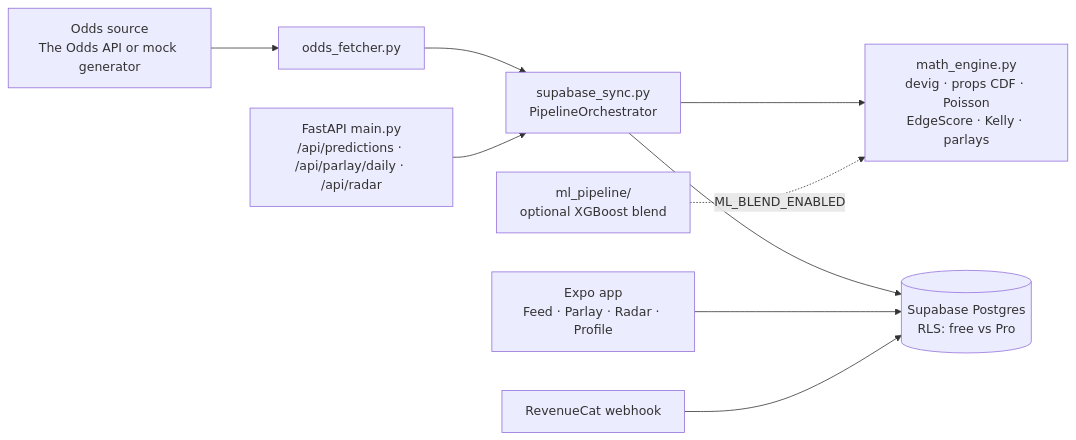
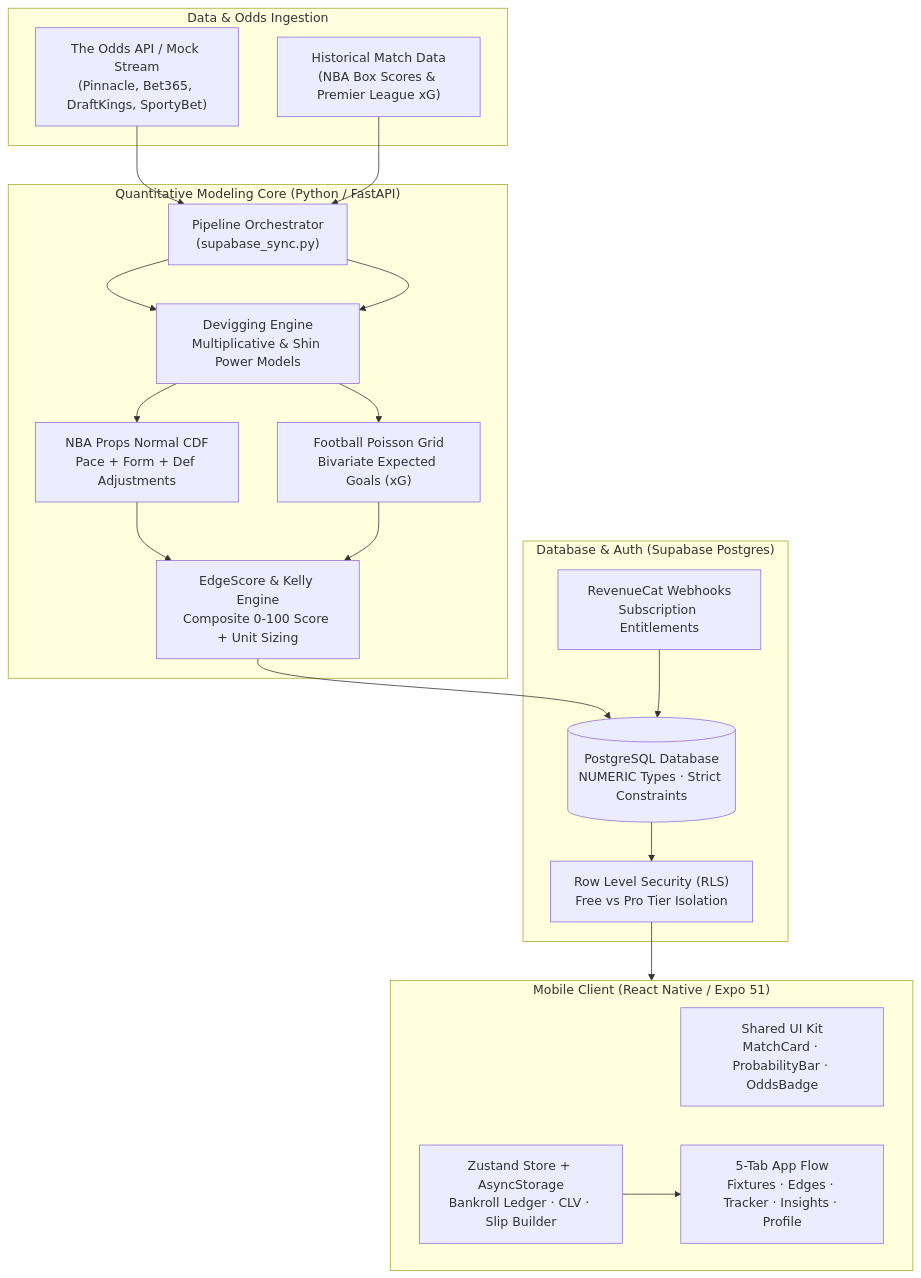
Before and after one commit to geosan11/EdgePoint-: the diagram in README.md, drawn with Mermaid. The commit also changed other lines of this file, not shown here.

Commit message:
docs: update README with comprehensive technical architecture and UI specifications

````diff
--- a/README.md
+++ b/README.md
@@ -38,11 +72,36 @@
 ```mermaid
-flowchart LR
-  Odds[Odds source<br/>The Odds API or mock generator] --> Fetch[odds_fetcher.py]
-  Fetch --> Orch[supabase_sync.py<br/>PipelineOrchestrator]
-  Orch --> Math[math_engine.py<br/>devig · props CDF · Poisson<br/>EdgeScore · Kelly · parlays]
-  ML[ml_pipeline/<br/>optional XGBoost blend] -. ML_BLEND_ENABLED .-> Math
-  Orch --> DB[(Supabase Postgres<br/>RLS: free vs Pro)]
-  API[FastAPI main.py<br/>/api/predictions · /api/parlay/daily · /api/radar] --> Orch
-  App[Expo app<br/>Feed · Parlay · Radar · Profile] --> DB
-  RC[RevenueCat webhook] --> DB
+flowchart TD
+  subgraph Data_Layer ["Data & Odds Ingestion"]
+    ODDS["The Odds API / Mock Stream<br/>(Pinnacle, Bet365, DraftKings, SportyBet)"]
+    HIST["Historical Match Data<br/>(NBA Box Scores & Premier League xG)"]
+  end
+
+  subgraph Engine_Layer ["Quantitative Modeling Core (Python / FastAPI)"]
+    DEVIG["Devigging Engine<br/>Multiplicative & Shin Power Models"]
+    PROPS["NBA Props Normal CDF<br/>Pace + Form + Def Adjustments"]
+    SOCCER["Football Poisson Grid<br/>Bivariate Expected Goals (xG)"]
+    EDGE["EdgeScore & Kelly Engine<br/>Composite 0-100 Score + Unit Sizing"]
+    SYNC["Pipeline Orchestrator<br/>(supabase_sync.py)"]
+  end
+
+  subgraph DB_Layer ["Database & Auth (Supabase Postgres)"]
+    PG[("PostgreSQL Database<br/>NUMERIC Types · Strict Constraints")]
+    RLS["Row Level Security (RLS)<br/>Free vs Pro Tier Isolation"]
+    RC["RevenueCat Webhooks<br/>Subscription Entitlements"]
+  end
+
+  subgraph Client_Layer ["Mobile Client (React Native / Expo 51)"]
+    UI_PRIMS["Shared UI Kit<br/>MatchCard · ProbabilityBar · OddsBadge"]
+    STORE["Zustand Store + AsyncStorage<br/>Bankroll Ledger · CLV · Slip Builder"]
+    TABS["5-Tab App Flow<br/>Fixtures · Edges · Tracker · Insights · Profile"]
+  end
+
+  ODDS --> SYNC
+  HIST --> SYNC
+  SYNC --> DEVIG --> PROPS --> EDGE
+  SYNC --> DEVIG --> SOCCER --> EDGE
+  EDGE --> PG
+  RC --> PG
+  PG --> RLS --> Client_Layer
+  STORE --> TABS
 ```
````
